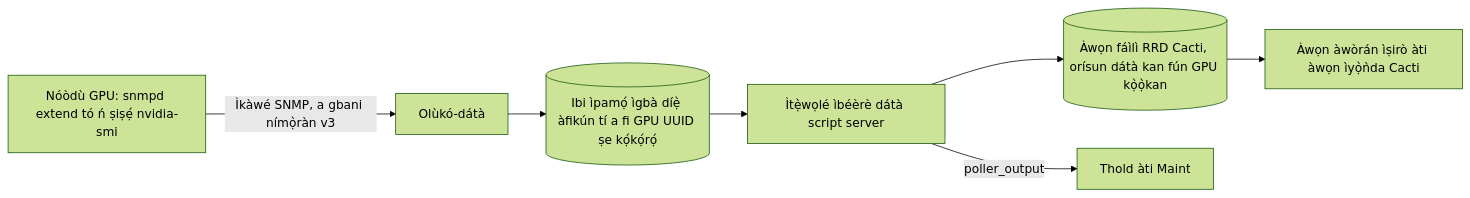
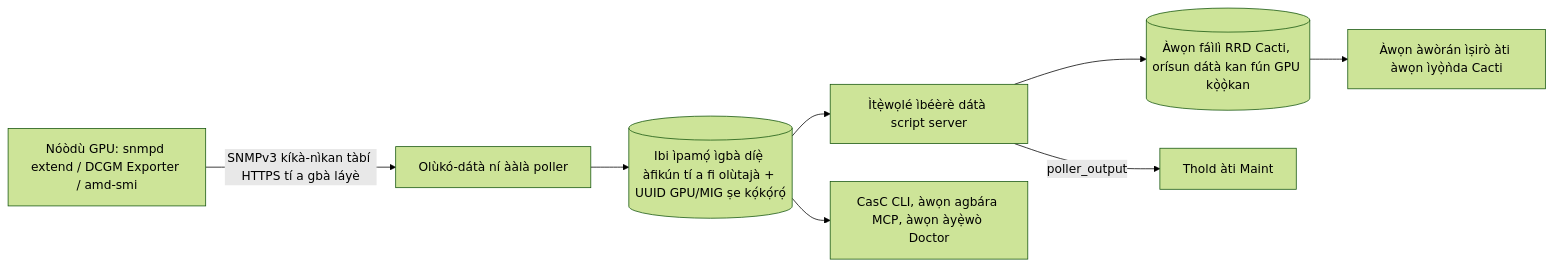
One commit to somethingwithproof/plugin_gpu changed the diagram in docs/i18n/yo-NG/README.md. Above: the diagram before and after it, drawn with Mermaid (forest theme). The commit also changed other lines of this file and 47 other files, not shown here.

````diff
--- a/docs/i18n/yo-NG/README.md
+++ b/docs/i18n/yo-NG/README.md
@@ -114,9 +114,10 @@
 ```mermaid
 flowchart LR
-    NODE[Nóòdù GPU: snmpd extend tó ń ṣiṣẹ́ nvidia-smi] -->|Ìkàwé SNMP, a gbani nímọ̀ràn v3| C[Olùkó-dátà]
-    C --> CACHE[(Ibi ìpamọ́ ìgbà díẹ̀ àfikún tí a fi GPU UUID ṣe kọ́kọ́rọ́)]
-    CACHE --> SS[Ìtẹ̀wọlé ìbéèrè dátà script server]
-    SS --> RRD[(Àwọn fáìlì RRD Cacti, orísun dátà kan fún GPU kọ̀ọ̀kan)]
-    SS -->|poller_output| T[Thold àti Maint]
-    RRD --> G[Àwọn àwòrán ìṣirò àti àwọn ìyọ̀ǹda Cacti]
+    NODE["Nóòdù GPU: snmpd extend / DCGM Exporter / amd-smi"] -->|"SNMPv3 kíkà-nìkan tàbí HTTPS tí a gbà láyè"| C["Olùkó-dátà ní ààlà poller"]
+    C --> CACHE[("Ibi ìpamọ́ ìgbà díẹ̀ àfikún tí a fi olùtajà + UUID GPU/MIG ṣe kọ́kọ́rọ́")]
+    CACHE --> SS["Ìtẹ̀wọlé ìbéèrè dátà script server"]
+    CACHE --> ECO["CasC CLI, àwọn agbára MCP, àwọn àyẹ̀wò Doctor"]
+    SS --> RRD[("Àwọn fáìlì RRD Cacti, orísun dátà kan fún GPU kọ̀ọ̀kan")]
+    SS -->|poller_output| T["Thold àti Maint"]
+    RRD --> G["Àwọn àwòrán ìṣirò àti àwọn ìyọ̀ǹda Cacti"]
 ```
````
